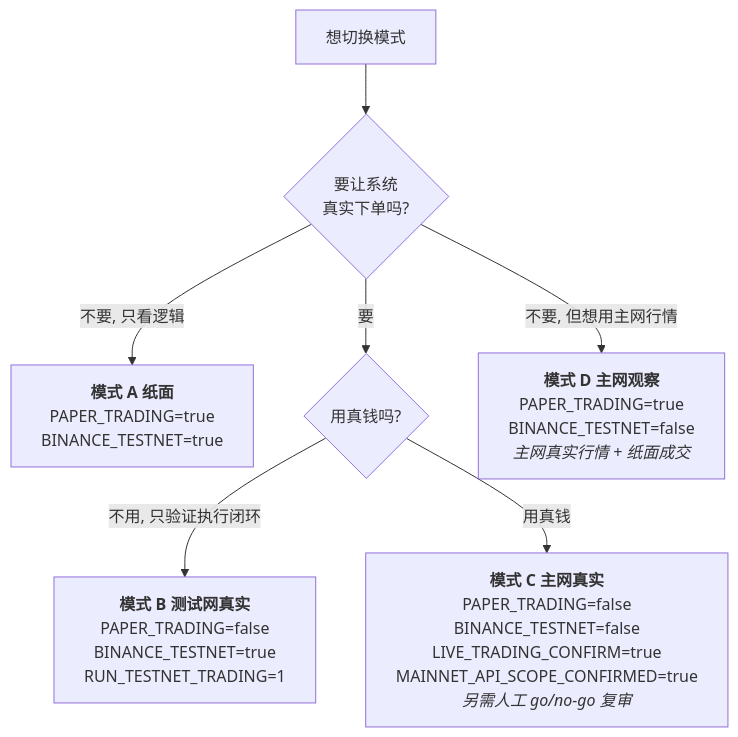
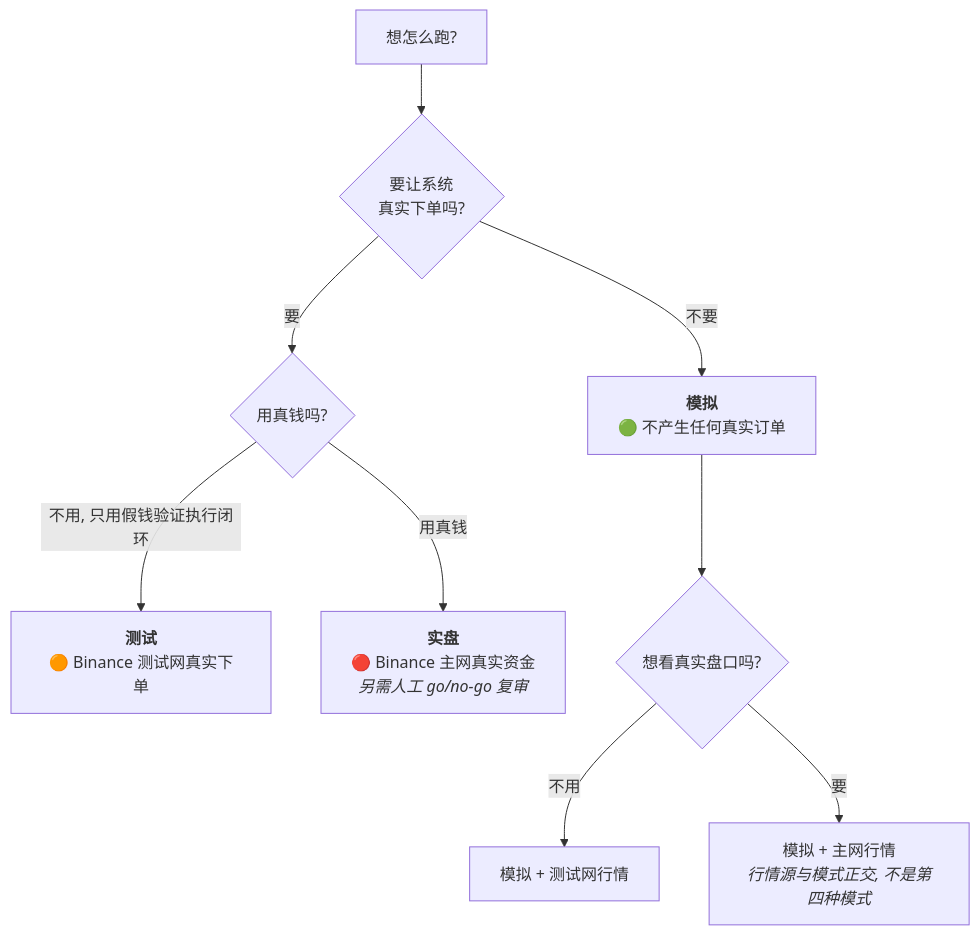
Before and after one commit to Tialon/adaptiveTrading: the diagram in docs/operating-modes-manual.md, drawn with Mermaid. The commit also changed other lines of this file and 16 other files, not shown here.

````diff
--- a/docs/operating-modes-manual.md
+++ b/docs/operating-modes-manual.md
@@ -86,9 +94,11 @@
 ```mermaid
 flowchart TD
-    S["想切换模式"] --> Q1{"要让系统<br/>真实下单吗?"}
-    Q1 -->|不要, 只看逻辑| A["<b>模式 A 纸面</b><br/>PAPER_TRADING=true<br/>BINANCE_TESTNET=true"]
+    S["想怎么跑?"] --> Q1{"要让系统<br/>真实下单吗?"}
+    Q1 -->|不要| P["<b>模拟</b><br/>🟢 不产生任何真实订单"]
     Q1 -->|要| Q2{"用真钱吗?"}
-    Q2 -->|不用, 只验证执行闭环| B["<b>模式 B 测试网真实</b><br/>PAPER_TRADING=false<br/>BINANCE_TESTNET=true<br/>RUN_TESTNET_TRADING=1"]
-    Q2 -->|用真钱| C["<b>模式 C 主网真实</b><br/>PAPER_TRADING=false<br/>BINANCE_TESTNET=false<br/>LIVE_TRADING_CONFIRM=true<br/>MAINNET_API_SCOPE_CONFIRMED=true<br/><i>另需人工 go/no-go 复审</i>"]
-    Q1 -->|不要, 但想用主网行情| D["<b>模式 D 主网观察</b><br/>PAPER_TRADING=true<br/>BINANCE_TESTNET=false<br/><i>主网真实行情 + 纸面成交</i>"]
+    Q2 -->|不用, 只用假钱验证执行闭环| T["<b>测试</b><br/>🟠 Binance 测试网真实下单"]
+    Q2 -->|用真钱| L["<b>实盘</b><br/>🔴 Binance 主网真实资金<br/><i>另需人工 go/no-go 复审</i>"]
+    P --> P2{"想看真实盘口吗?"}
+    P2 -->|不用| PA["模拟 + 测试网行情"]
+    P2 -->|要| PB["模拟 + 主网行情<br/><i>行情源与模式正交, 不是第四种模式</i>"]
 ```
````
